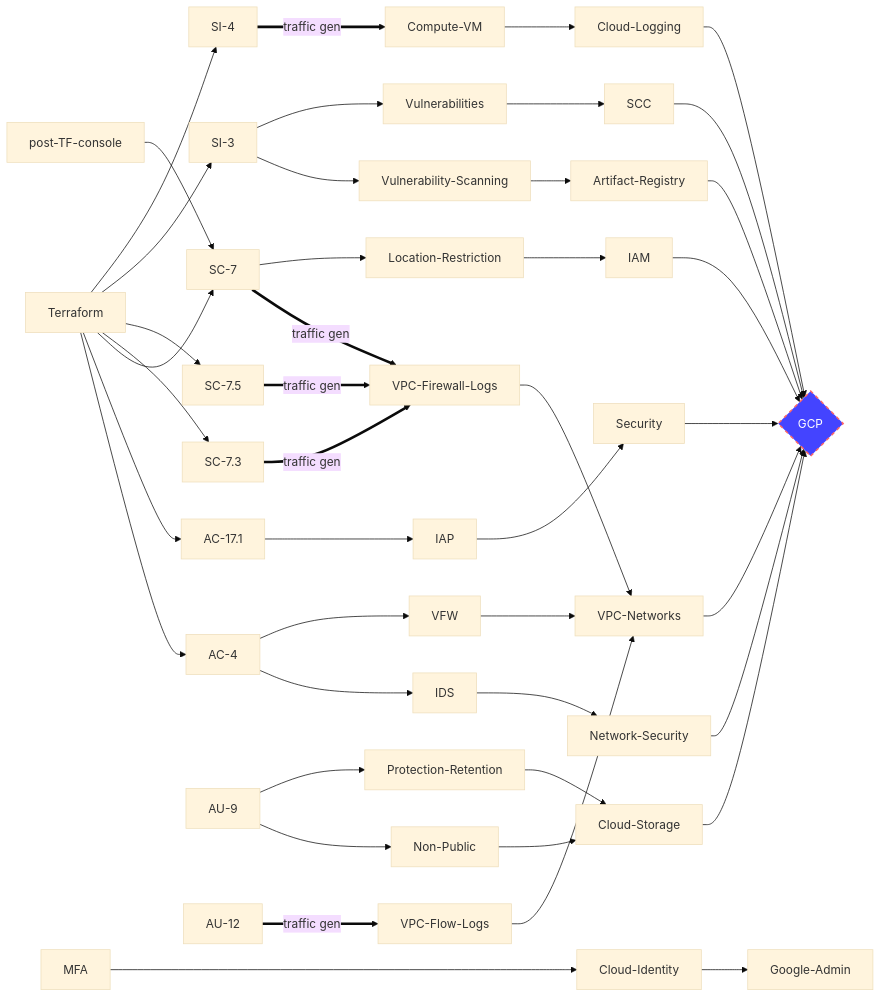
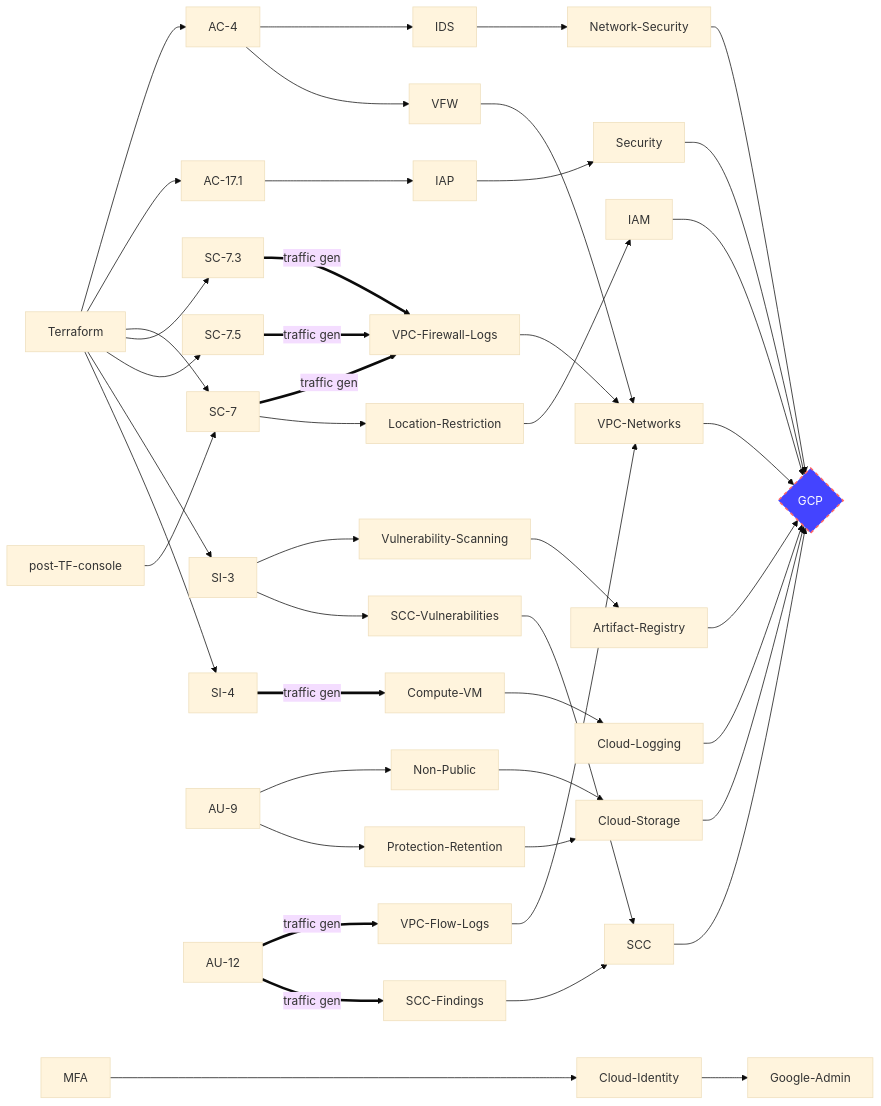
The first of 2 diagrams in docs/google-cloud-security-controls.md (GoogleCloudPlatform/pbmm-on-gcp-onboarding), drawn with Mermaid (base theme) before and after one commit. The commit also changed other lines of this file, not shown here.

Commit message:
#2 - security controls AU-12 SCC

````diff
--- a/docs/google-cloud-security-controls.md
+++ b/docs/google-cloud-security-controls.md
@@ -5,53 +5,54 @@
 ```mermaid
 graph LR;
     style GCP fill:#44f,stroke:#f66,stroke-width:2px,color:#fff,stroke-dasharray: 5 5
     Terraform-->AC-4;
     Terraform-->AC-17.1;
     Terraform-->SC-7;
     Terraform-->SC-7.3;    
     Terraform-->SC-7.5;
     Terraform-->SI-3;
     Terraform-->SI-4;
 
     
     AC-4-->IDS;
     AC-4-->VFW;
     AC-17.1-->IAP;
     AU-9-->Non-Public-->Cloud-Storage;
     AU-9-->Protection-Retention-->Cloud-Storage;
     AU-12== traffic gen ==>VPC-Flow-Logs;
+    AU-12== traffic gen ==>SCC-Findings;
     SC-7== traffic gen ==>VPC-Firewall-Logs;
     SC-7.3== traffic gen ==>VPC-Firewall-Logs;
     SC-7.5== traffic gen ==>VPC-Firewall-Logs;
     
     SI-3-->Vulnerability-Scanning-->Artifact-Registry-->GCP;
-    SI-3-->Vulnerabilities;
+    SI-3-->SCC-Vulnerabilities;
     SI-4== traffic gen ==>Compute-VM;
     
     post-TF-console-->SC-7-->Location-Restriction;
     
     
     IAP-->Security;
-
-    Vulnerabilities-->SCC;
+    SCC-Findings-->SCC;
+    SCC-Vulnerabilities-->SCC;
     
     IDS-->Network-Security;
     Compute-VM-->Cloud-Logging;
     Cloud-Logging-->GCP;
     Cloud-Storage-->GCP;
     IAM-->GCP;
     Location-Restriction-->IAM;
     Network-Security-->GCP;
     SCC-->GCP;
     Security-->GCP;
     MFA---->Cloud-Identity;
     Cloud-Identity-->Google-Admin;
     VFW-->VPC-Networks;
     VPC-Flow-Logs-->VPC-Networks;
     VPC-Firewall-Logs-->VPC-Networks;
     VPC-Networks-->GCP{GCP};
     
 
     
     
 ```
````
